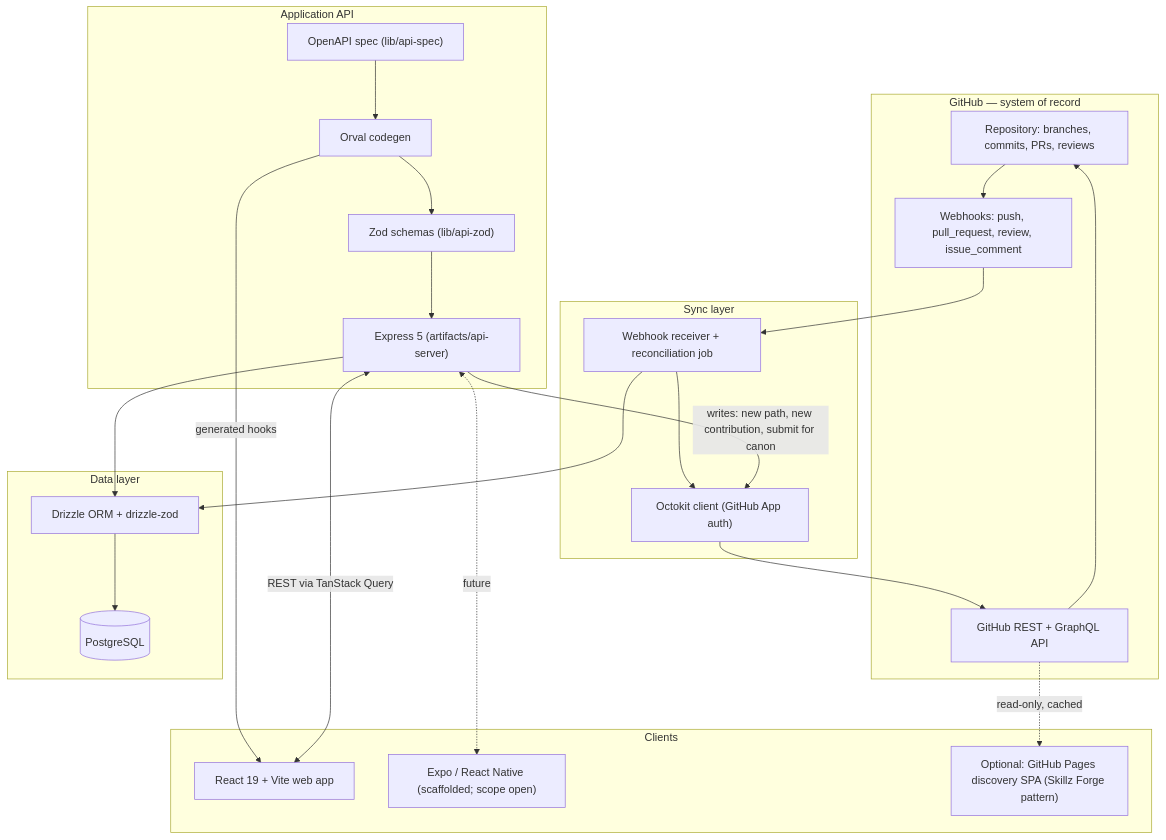
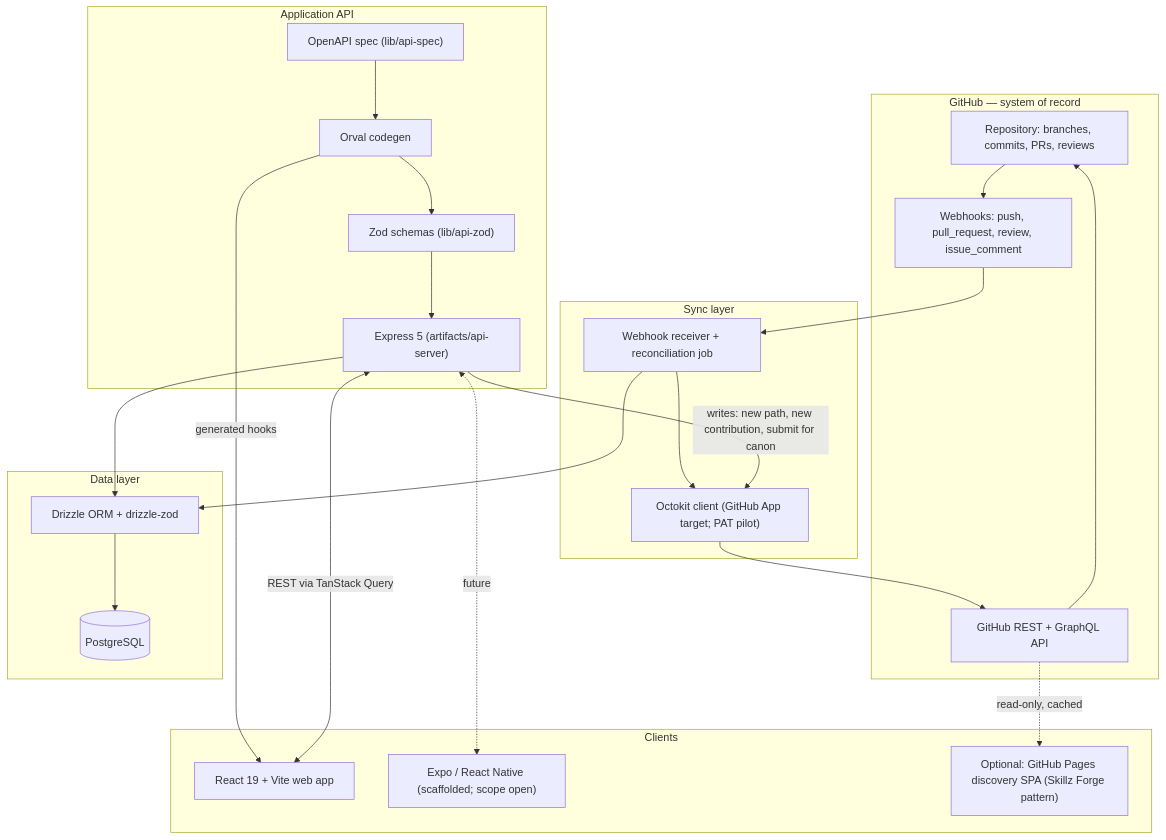
One commit to OKHP3/telling-forward changed the diagram in docs/platform-requirements.md. Above: the diagram before and after it, drawn with Mermaid. The commit also changed other lines of this file and 8 other files, not shown here.

Commit message:
docs: reconcile GitHub-native architecture boundary

````diff
--- a/docs/platform-requirements.md
+++ b/docs/platform-requirements.md
@@ -82,49 +82,49 @@
 ```mermaid
 flowchart TB
     subgraph GH["GitHub — system of record"]
         REPO["Repository: branches, commits, PRs, reviews"]
         WEBHOOK["Webhooks: push, pull_request, review, issue_comment"]
         API_GH["GitHub REST + GraphQL API"]
     end
 
     subgraph SYNC["Sync layer"]
         INGEST["Webhook receiver + reconciliation job"]
-        OCTO["Octokit client (GitHub App auth)"]
+        OCTO["Octokit client (GitHub App target; PAT pilot)"]
     end
 
     subgraph DATA["Data layer"]
         PG[("PostgreSQL")]
         DRIZZLE["Drizzle ORM + drizzle-zod"]
     end
 
     subgraph API["Application API"]
         EXPRESS["Express 5 (artifacts/api-server)"]
         OPENAPI["OpenAPI spec (lib/api-spec)"]
         ORVAL["Orval codegen"]
         ZOD["Zod schemas (lib/api-zod)"]
     end
 
     subgraph CLIENTS["Clients"]
         WEB["React 19 + Vite web app"]
         MOBILE["Expo / React Native (scaffolded; scope open)"]
         PAGES["Optional: GitHub Pages discovery SPA (Skillz Forge pattern)"]
     end
 
     REPO --> WEBHOOK
     WEBHOOK --> INGEST
     INGEST --> OCTO
     OCTO --> API_GH
     API_GH --> REPO
     INGEST --> DRIZZLE
     DRIZZLE --> PG
     EXPRESS --> DRIZZLE
     OPENAPI --> ORVAL
     ORVAL --> ZOD
     ZOD --> EXPRESS
     ORVAL -->|generated hooks| WEB
     EXPRESS <-->|REST via TanStack Query| WEB
     EXPRESS <-.->|future| MOBILE
     API_GH -.->|read-only, cached| PAGES
 
     EXPRESS -->|writes: new path, new contribution, submit for canon| OCTO
 ```
````
